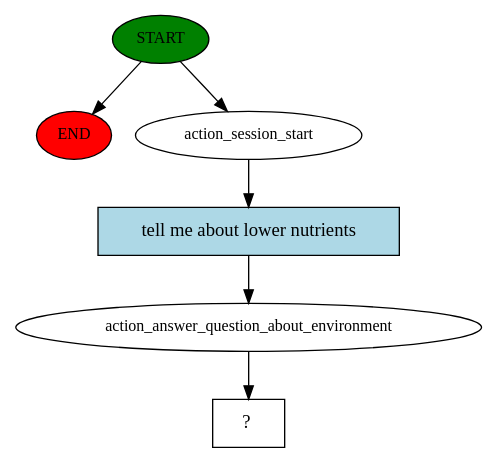
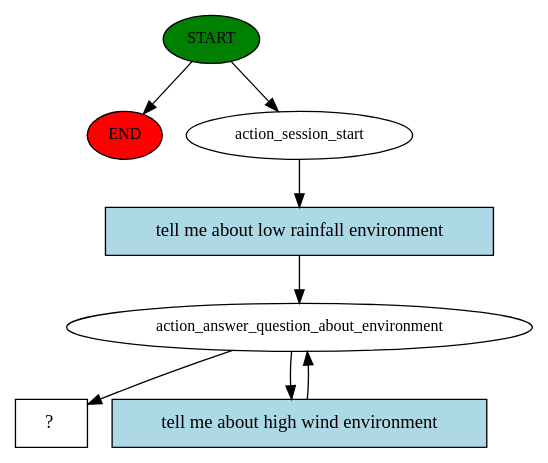
The diagram in story_graph.dot (gozlen/virtual-assistant), drawn with Graphviz before and after one commit. The commit also changed 3 other files, not shown here.

```diff
--- a/story_graph.dot
+++ b/story_graph.dot
@@ -1,13 +1,16 @@
 digraph  {
 0 [class="start active", fillcolor=green, fontsize=12, label=START, style=filled];
 "-1" [class=end, fillcolor=red, fontsize=12, label=END, style=filled];
 1 [class=active, fontsize=12, label=action_session_start];
 2 [class=active, fontsize=12, label=action_answer_question_about_environment];
-3 [class="intent dashed active", label="  ?  ", shape=rect];
-4 [class="intent active", fillcolor=lightblue, label="tell me about lower nutrients", shape=rect, style=filled];
+5 [class="intent dashed active", label="  ?  ", shape=rect];
+6 [class="intent active", fillcolor=lightblue, label="tell me about low rainfall environment", shape=rect, style=filled];
+7 [class="intent active", fillcolor=lightblue, label="tell me about high wind environment", shape=rect, style=filled];
 0 -> "-1"  [class="", key=NONE, label=""];
 0 -> 1  [class=active, key=NONE, label=""];
-1 -> 4  [class=active, key=0];
-2 -> 3  [class=active, key=NONE, label=""];
-4 -> 2  [class=active, key=0];
+1 -> 6  [class=active, key=0];
+2 -> 5  [class=active, key=NONE, label=""];
+2 -> 7  [class=active, key=0];
+6 -> 2  [class=active, key=0];
+7 -> 2  [class=active, key=0];
 }
```
